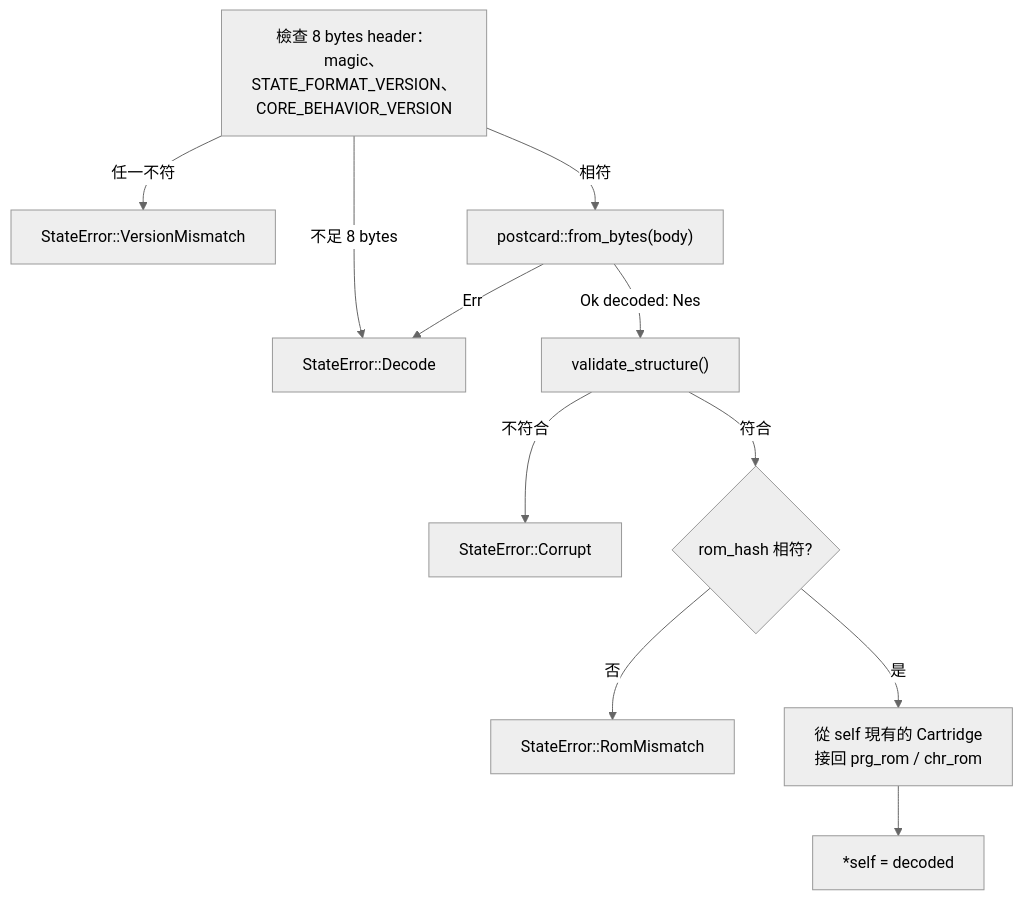
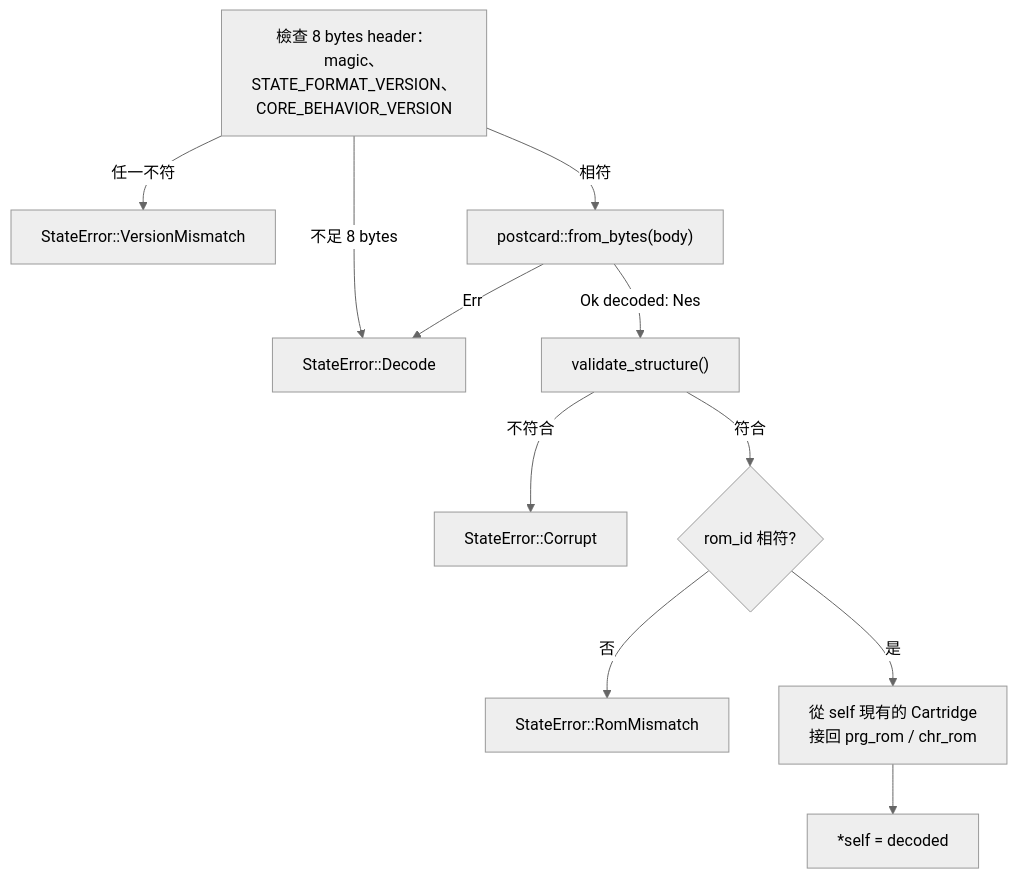
Before and after one commit to cnfzon/nes_emulato: the fourth of 4 diagrams in docs/architecture.md, drawn with Mermaid (neutral theme). The commit also changed other lines of this file and 36 other files, not shown here.

````diff
--- a/docs/architecture.md
+++ b/docs/architecture.md
@@ -312,13 +318,13 @@
 ```mermaid
 flowchart TD
     H["檢查 8 bytes header：<br/>magic、STATE_FORMAT_VERSION、CORE_BEHAVIOR_VERSION"] -->|任一不符| E0["StateError::VersionMismatch"]
     H -->|不足 8 bytes| E1
     H -->|相符| A["postcard::from_bytes(body)"]
     A -->|Err| E1["StateError::Decode"]
     A -->|Ok decoded: Nes| B["validate_structure()"]
     B -->|不符合| E2["StateError::Corrupt"]
-    B -->|符合| C{"rom_hash 相符?"}
+    B -->|符合| C{"rom_id 相符?"}
     C -->|否| E3["StateError::RomMismatch"]
     C -->|是| D["從 self 現有的 Cartridge\n接回 prg_rom / chr_rom"]
     D --> F["*self = decoded"]
 ```
````
